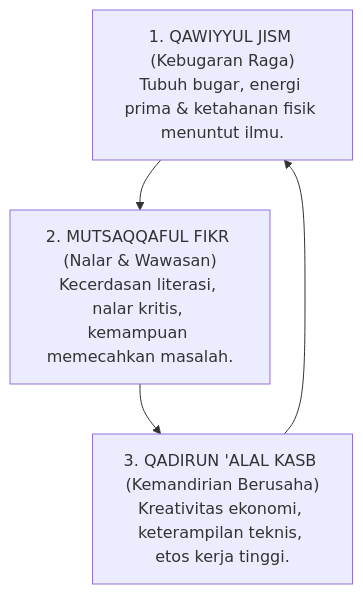
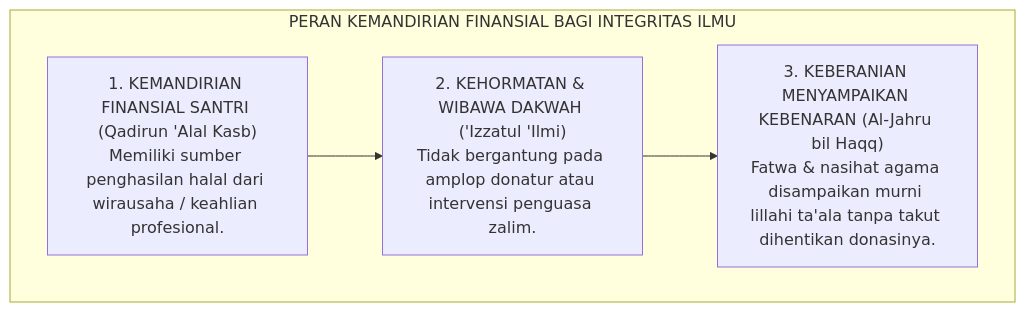
The third of 4 diagrams in 03 Capacity Framework/03 Character Relationships/P3-03-03-Dinamika-Kecerdasan-Intelektual-dan-Kemandirian.md (wandiapriliyandi/tumbuh), drawn with Mermaid before and after one commit. The commit also changed other lines of this file and 25 other files, not shown here.

````diff
--- a/03 Capacity Framework/03 Character Relationships/P3-03-03-Dinamika-Kecerdasan-Intelektual-dan-Kemandirian.md
+++ b/03 Capacity Framework/03 Character Relationships/P3-03-03-Dinamika-Kecerdasan-Intelektual-dan-Kemandirian.md
@@ -10,12 +100,12 @@
 ```mermaid
-graph TD
-    Jism["1. QAWIYYUL JISM (Kebugaran Raga)<br/>Tubuh bugar, energi prima & ketahanan fisik menuntut ilmu."]
-    
-    Fikr["2. MUTSAQQAFUL FIKR (Nalar & Wawasan)<br/>Kecerdasan literasi, nalar kritis, kemampuan memecahkan masalah."]
-    
-    Kasb["3. QADIRUN 'ALAL KASB (Kemandirian Berusaha)<br/>Kreativitas ekonomi, keterampilan teknis, etos kerja tinggi."]
-
-    Jism --> Fikr
-    Fikr --> Kasb
-    Kasb --> Jism
+flowchart TD
+    subgraph BentengIntegritasDakwah["PERAN KEMANDIRIAN FINANSIAL BAGI INTEGRITAS ILMU"]
+        Mandiri["1. KEMANDIRIAN FINANSIAL SANTRI (Qadirun 'Alal Kasb)<br/>Memiliki sumber penghasilan halal dari wirausaha / keahlian profesional."]
+        
+        Izzah["2. KEHORMATAN & WIBAWA DAKWAH ('Izzatul 'Ilmi)<br/>Tidak bergantung pada amplop donatur atau intervensi penguasa zalim."]
+        
+        Fatwa["3. KEBERANIAN MENYAMPAIKAN KEBENARAN (Al-Jahru bil Haqq)<br/>Fatwa & nasihat agama disampaikan murni lillahi ta'ala tanpa takut dihentikan donasinya."]
+        
+        Mandiri --> Izzah --> Fatwa
+    end
 ```
````
